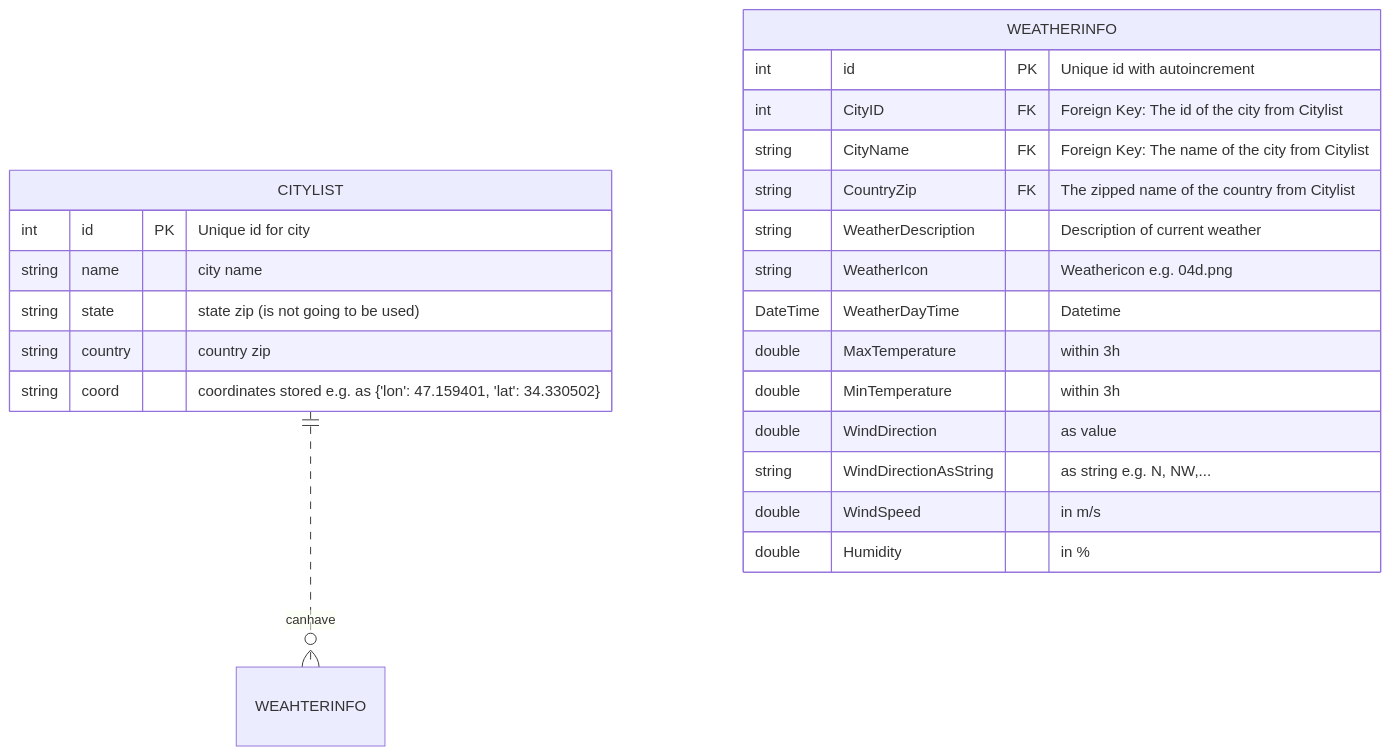
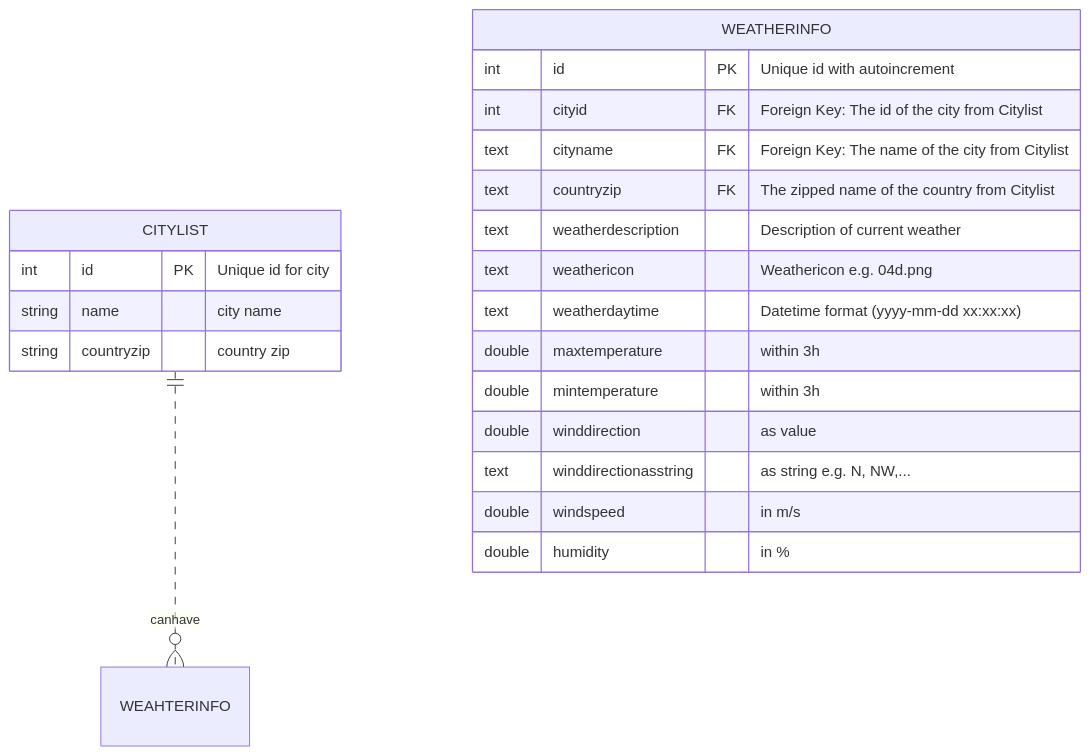
Before and after one commit to botchGNU/weather-widget: the diagram in Documentation/ERDiagramms.md, drawn with Mermaid. The commit also changed other lines of this file and 4 other files, not shown here.

````diff
--- a/Documentation/ERDiagramms.md
+++ b/Documentation/ERDiagramms.md
@@ -4,26 +4,24 @@
 ```mermaid
  erDiagram
  	   CITYLIST ||..o{ WEAHTERINFO : canhave
  	   CITYLIST{
  	   int id PK "Unique id for city"
  	   string name "city name"
- 	   string state "state zip (is not going to be used)"
- 	   string country "country zip"
- 	   string coord "coordinates stored e.g. as {'lon': 47.159401, 'lat': 34.330502}"
+ 	   string countryzip "country zip"
  	   }
        WEATHERINFO { 
        		int id PK "Unique id with autoincrement"
-       		int CityID FK "Foreign Key: The id of the city from Citylist"
-       		string CityName FK "Foreign Key: The name of the city from Citylist"
-            string CountryZip FK "The zipped name of the country from Citylist"
-            string WeatherDescription "Description of current weather"
-            string WeatherIcon "Weathericon e.g. 04d.png"
-            DateTime WeatherDayTime "Datetime"
-            double MaxTemperature "within 3h"
-            double MinTemperature "within 3h"
-            double WindDirection "as value"
-            string WindDirectionAsString "as string e.g. N, NW,..."
-            double WindSpeed "in m/s"
-            double Humidity "in %"       		
+       		int cityid FK "Foreign Key: The id of the city from Citylist"
+       		text cityname FK "Foreign Key: The name of the city from Citylist"
+            text countryzip FK "The zipped name of the country from Citylist"
+            text weatherdescription "Description of current weather"
+            text weathericon "Weathericon e.g. 04d.png"
+            text weatherdaytime "Datetime format (yyyy-mm-dd xx:xx:xx)"
+            double maxtemperature "within 3h"
+            double mintemperature "within 3h"
+            double winddirection "as value"
+            text winddirectionasstring "as string e.g. N, NW,..."
+            double windspeed "in m/s"
+            double humidity "in %"       		
        }
 ```
````
